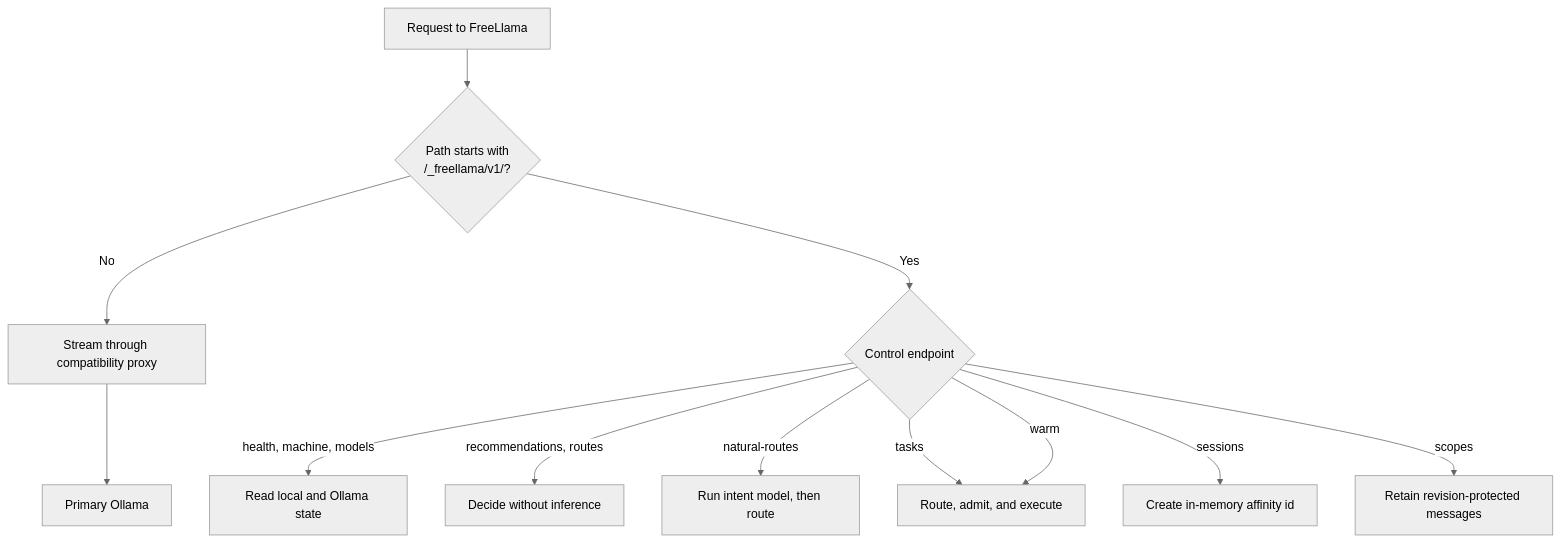
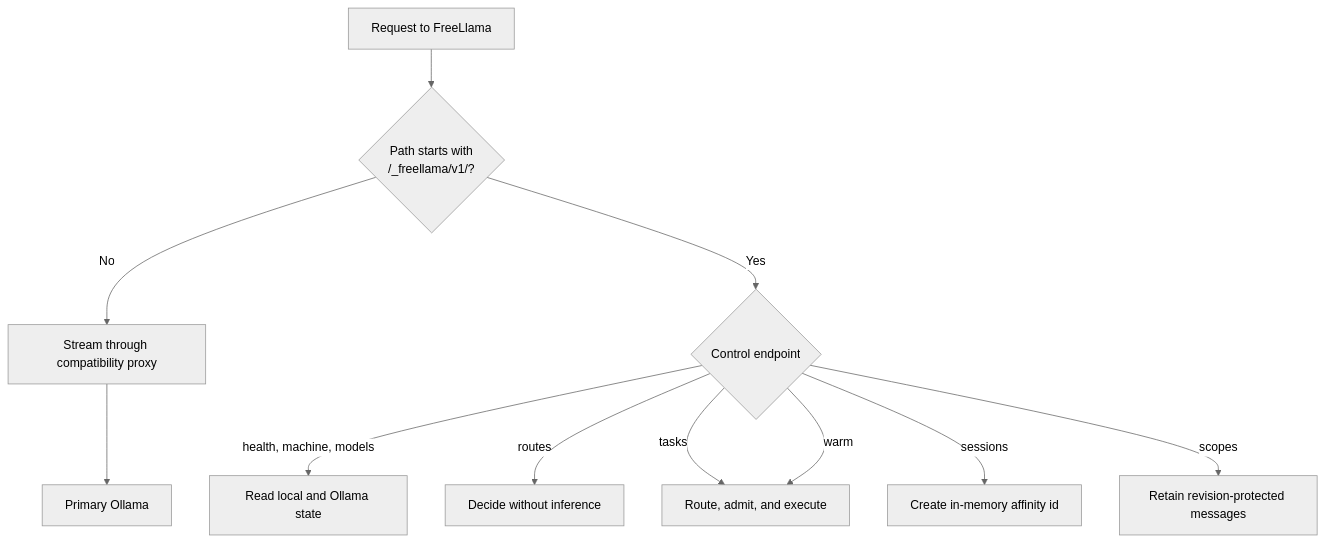
Before and after one commit to bgauryy/FreeLlama: the third of 9 diagrams in docs/ARCHITECTURE.md, drawn with Mermaid (neutral theme). The commit also changed other lines of this file and 454 other files, not shown here.

First line of the commit message:
Update flow (#11)

````diff
--- a/docs/ARCHITECTURE.md
+++ b/docs/ARCHITECTURE.md
@@ -75,14 +103,13 @@
 ```mermaid
 flowchart TD
     IN["Request to FreeLlama"] --> P{"Path starts with<br/>/_freellama/v1/?"}
     P -->|"No"| RAW["Stream through compatibility proxy"]
     RAW --> PRIMARY["Primary Ollama"]
     P -->|"Yes"| C{"Control endpoint"}
     C -->|"health, machine, models"| READ["Read local and Ollama state"]
-    C -->|"recommendations, routes"| DECIDE["Decide without inference"]
-    C -->|"natural-routes"| INTENT["Run intent model, then route"]
+    C -->|"routes"| DECIDE["Decide without inference"]
     C -->|"tasks"| RUN["Route, admit, and execute"]
     C -->|"sessions"| SESSION["Create in-memory affinity id"]
     C -->|"scopes"| SCOPES["Retain revision-protected messages"]
     C -->|"warm"| RUN
 ```
````
